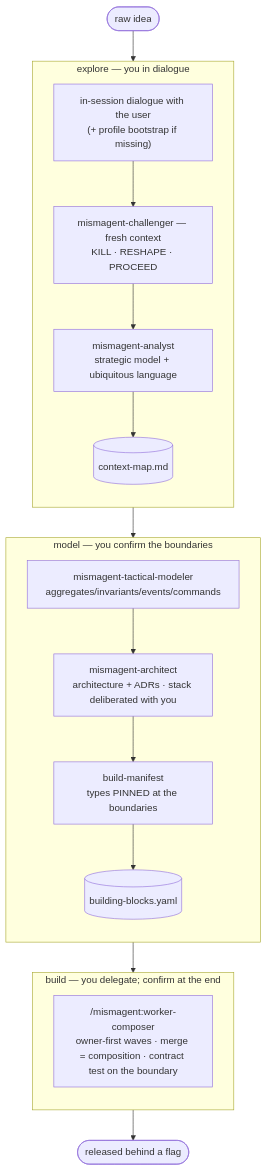
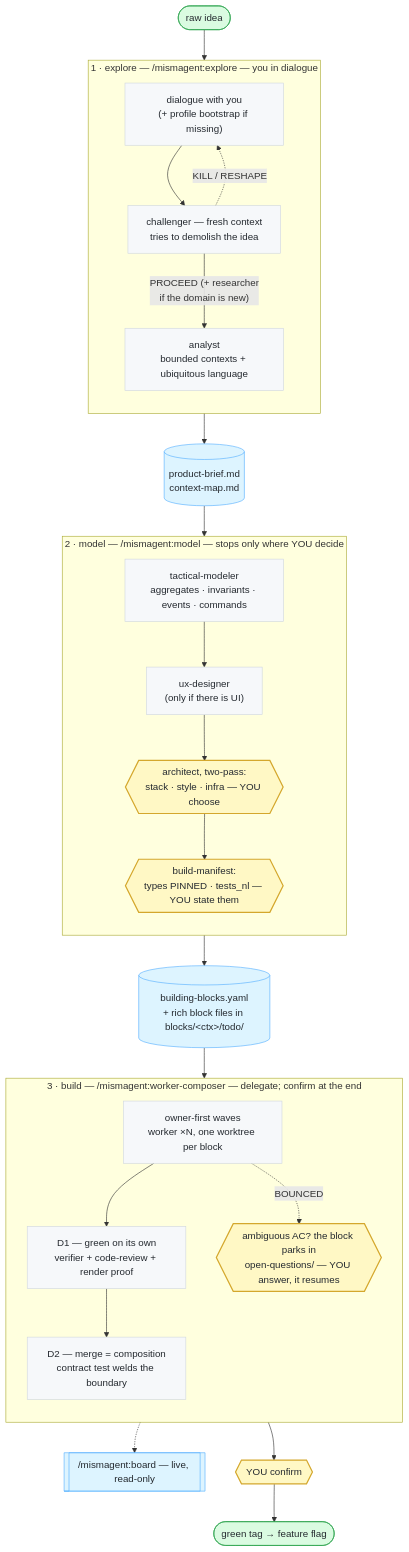
One commit to lucolucus/mismagent changed the diagram in README.md. Above: the diagram before and after it, drawn with Mermaid. The commit also changed other lines of this file, not shown here.

First line of the commit message:
README: v0.9.2 flow diagram, agent roster, how-a-feature-runs

````diff
--- a/README.md
+++ b/README.md
@@ -17,34 +20,52 @@
 ```mermaid
 flowchart TD
     idea([raw idea]) --> EX
 
-    subgraph EX["explore — you in dialogue"]
+    subgraph EX["1 · explore — /mismagent:explore — you in dialogue"]
         direction TB
-        dlg["in-session dialogue with the user<br/>(+ profile bootstrap if missing)"]
-        chal["mismagent-challenger — fresh context<br/>KILL · RESHAPE · PROCEED"]
-        ana["mismagent-analyst<br/>strategic model + ubiquitous language"]
-        cmap[("context-map.md")]
-        dlg --> chal --> ana --> cmap
+        dlg["dialogue with you<br/>(+ profile bootstrap if missing)"]
+        chal["challenger — fresh context<br/>tries to demolish the idea"]
+        ana["analyst<br/>bounded contexts + ubiquitous language"]
+        dlg --> chal
+        chal -. "KILL / RESHAPE" .-> dlg
+        chal -- "PROCEED (+ researcher<br/>if the domain is new)" --> ana
     end
 
-    cmap --> MO
+    ana --> exOut[("product-brief.md<br/>context-map.md")]
+    exOut --> MO
 
-    subgraph MO["model — you confirm the boundaries"]
+    subgraph MO["2 · model — /mismagent:model — stops only where YOU decide"]
         direction TB
-        tact["mismagent-tactical-modeler<br/>aggregates/invariants/events/commands"]
-        arch["mismagent-architect<br/>architecture + ADRs · stack deliberated with you"]
-        bman["build-manifest<br/>types PINNED at the boundaries"]
-        manifest[("building-blocks.yaml")]
-        tact --> arch --> bman --> manifest
+        tact["tactical-modeler<br/>aggregates · invariants · events · commands"]
+        ux["ux-designer<br/>(only if there is UI)"]
+        arch{{"architect, two-pass:<br/>stack · style · infra — YOU choose"}}
+        bman{{"build-manifest:<br/>types PINNED · tests_nl — YOU state them"}}
+        tact --> ux --> arch --> bman
     end
 
-    manifest --> BU
+    bman --> moOut[("building-blocks.yaml<br/>+ rich block files in blocks/&lt;ctx&gt;/todo/")]
+    moOut --> BU
 
-    subgraph BU["build — you delegate; confirm at the end"]
+    subgraph BU["3 · build — /mismagent:worker-composer — delegate; confirm at the end"]
         direction TB
-        comp["/mismagent:worker-composer<br/>owner-first waves · merge = composition · contract test on the boundary"]
-        comp
+        waves["owner-first waves<br/>worker ×N, one worktree per block"]
+        d1["D1 — green on its own<br/>verifier + code-review + render proof"]
+        d2["D2 — merge = composition<br/>contract test welds the boundary"]
+        park{{"ambiguous AC? the block parks in<br/>open-questions/ — YOU answer, it resumes"}}
+        waves --> d1 --> d2
+        waves -. "BOUNCED" .-> park
     end
 
-    BU --> done([released behind a flag])
+    BU -.-> board[["/mismagent:board — live, read-only"]]
+    d2 --> conf{{"YOU confirm"}}
+    conf --> done([green tag → feature flag])
+
+    classDef human fill:#fff8c5,stroke:#d4a72c,stroke-width:2px,color:#24292f
+    classDef file fill:#ddf4ff,stroke:#54aeff,color:#24292f
+    classDef step fill:#f6f8fa,stroke:#d0d7de,color:#24292f
+    classDef term fill:#dafbe1,stroke:#2da44e,color:#24292f
+    class arch,bman,park,conf human
+    class exOut,moOut,board file
+    class dlg,chal,ana,tact,ux,waves,d1,d2 step
+    class idea,done term
 ```
````
